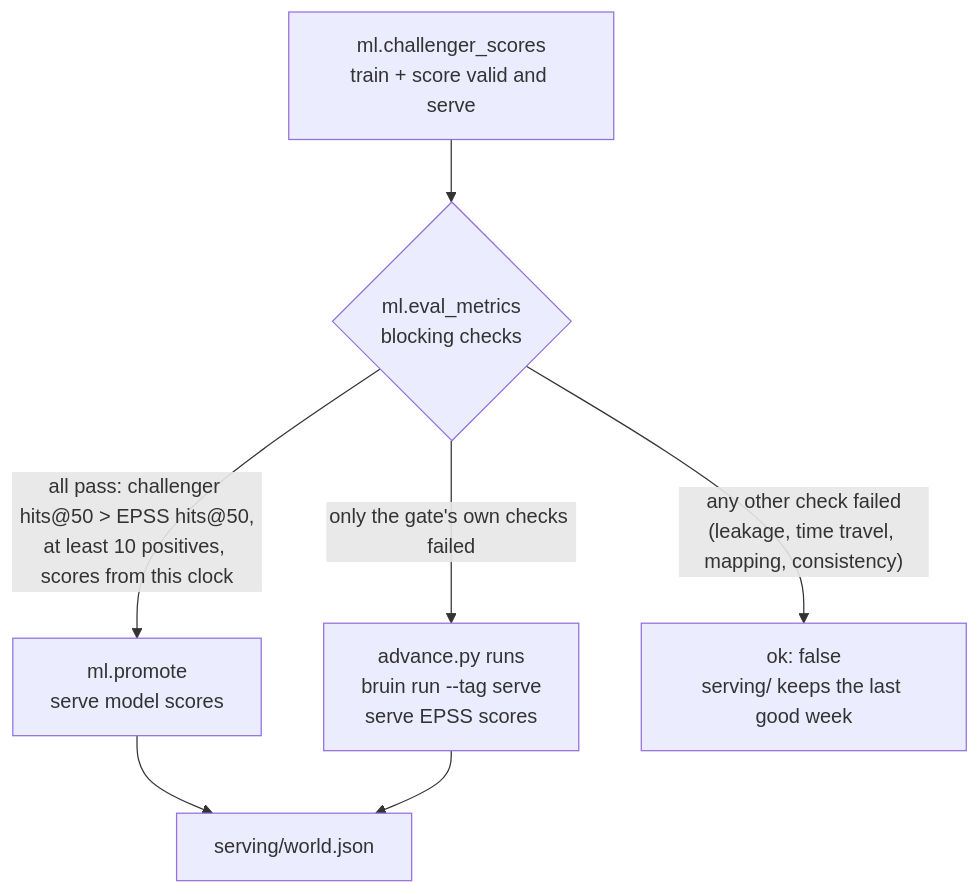
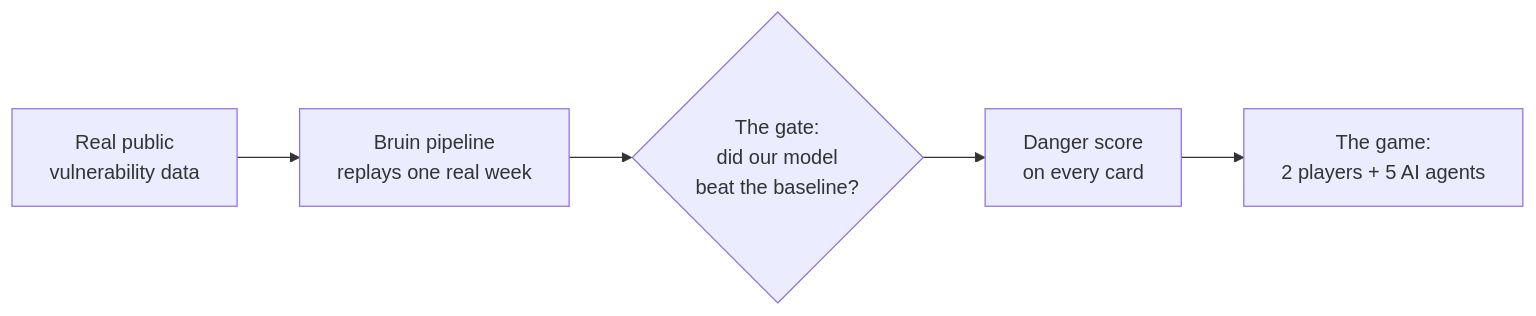
Before and after one commit to skolisetty/patch-tuesday: the diagram in README.md, drawn with Mermaid. The commit also changed other lines of this file and 43 other files, not shown here.

First line of the commit message:
Make the game explain itself: new screen, pipeline strip, docs set

````diff
--- a/README.md
+++ b/README.md
@@ -208,9 +37,7 @@
 ```mermaid
-flowchart TD
-  CS["ml.challenger_scores<br/>train + score valid and serve"] --> EM{"ml.eval_metrics<br/>blocking checks"}
-  EM -->|"all pass: challenger hits@50 > EPSS hits@50,<br/>at least 10 positives, scores from this clock"| PR["ml.promote<br/>serve model scores"]
-  EM -->|"only the gate's own checks failed"| FB["advance.py runs<br/>bruin run --tag serve<br/>serve EPSS scores"]
-  EM -->|"any other check failed<br/>(leakage, time travel, mapping, consistency)"| KO["ok: false<br/>serving/ keeps the last good week"]
-  PR --> WJ["serving/world.json"]
-  FB --> WJ
+flowchart LR
+  A["Real public<br/>vulnerability data"] --> B["Bruin pipeline<br/>replays one real week"]
+  B --> C{"The gate:<br/>did our model<br/>beat the baseline?"}
+  C --> D["Danger score<br/>on every card"]
+  D --> E["The game:<br/>2 players + 5 AI agents"]
 ```
````
